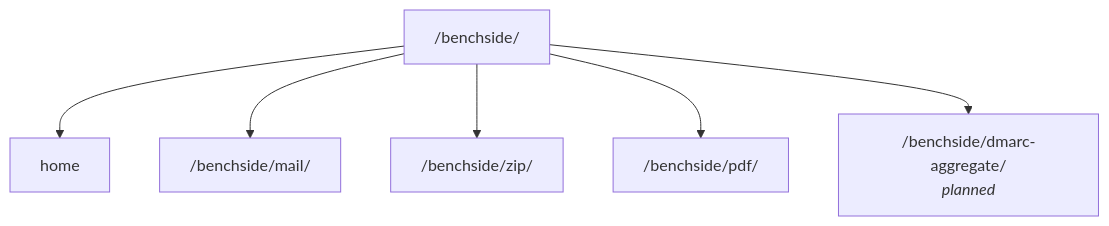
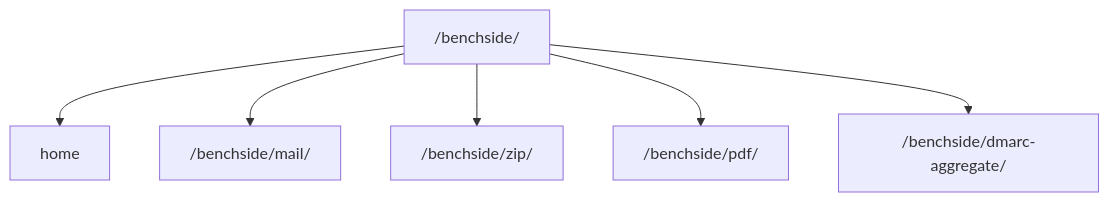
The fifth of 6 diagrams in docs/explanation/architecture.md (photom/benchside), drawn with Mermaid before and after one commit. The commit also changed other lines of this file and 22 other files, not shown here.

````diff
--- a/docs/explanation/architecture.md
+++ b/docs/explanation/architecture.md
@@ -124,8 +124,8 @@
 ```mermaid
 flowchart TD
   root["/benchside/"] --> h[home]
   root --> m["/benchside/mail/"]
   root --> z["/benchside/zip/"]
   root --> p["/benchside/pdf/"]
-  root --> d["/benchside/dmarc-aggregate/<br/><i>planned</i>"]
+  root --> d["/benchside/dmarc-aggregate/"]
 ```
````
